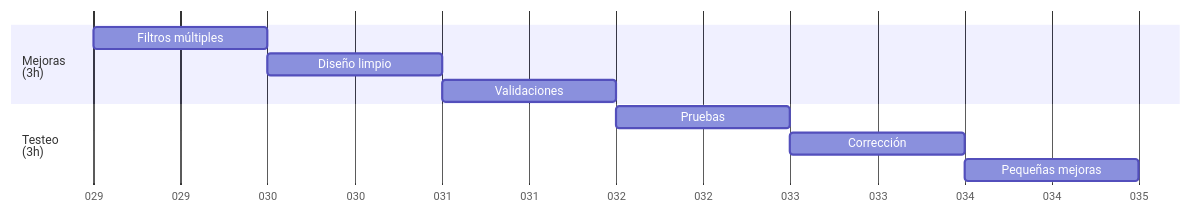
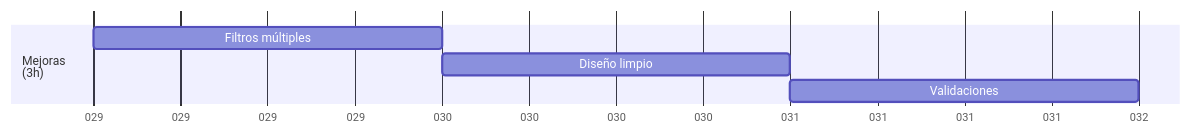
Before and after one commit to Covija97/BadenTracker: the seventh of 9 diagrams in .info/roadmap.md, drawn with Mermaid. The commit also changed other lines of this file, not shown here.

Commit message:
Update roadmap.md to enhance Gantt chart sections with date formatting and improve task visualization

````diff
--- a/.info/roadmap.md
+++ b/.info/roadmap.md
@@ -76,15 +91,10 @@
 ```mermaid
 gantt
     dateFormat  DDD
     axisFormat %j
 
     section Mejoras<br>(3h)
     Filtros múltiples           : 01-29, 1d
     Diseño limpio               : 01-30, 1d
     Validaciones                : 01-31, 1d
-
-    section Testeo<br>(3h)
-    Pruebas                     : 02-01, 1d
-    Corrección                  : 02-02, 1d
-    Pequeñas mejoras            : 02-03, 1d
 ```
````
